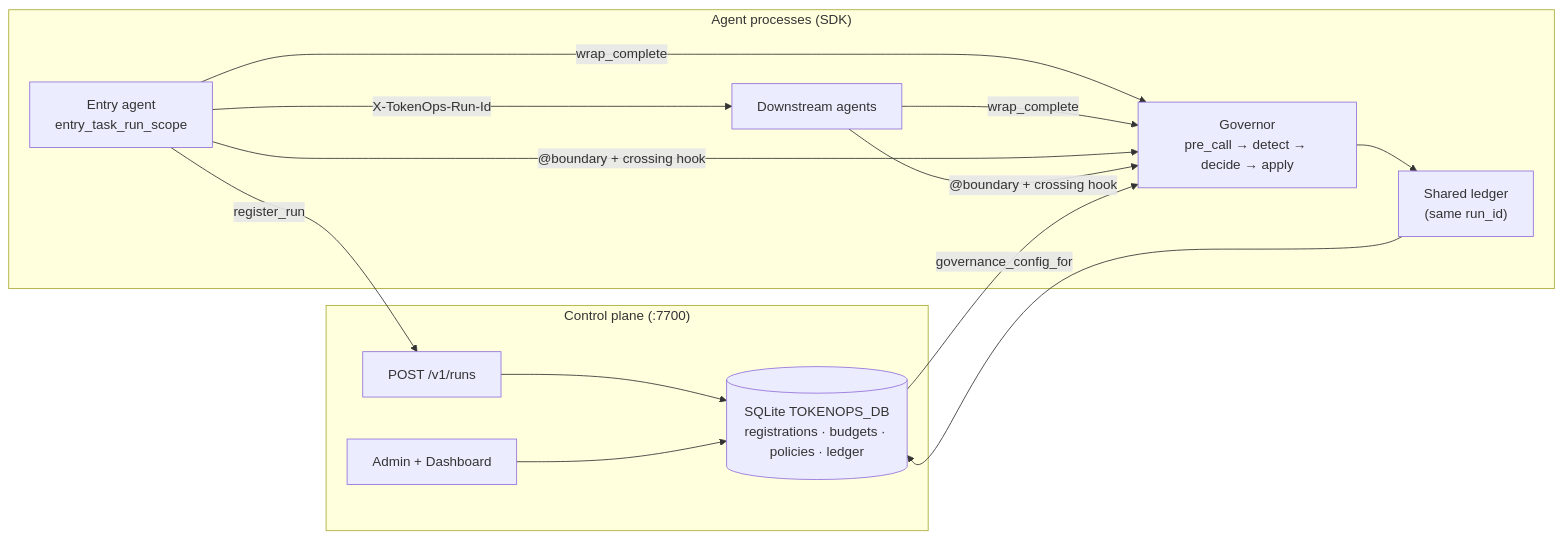
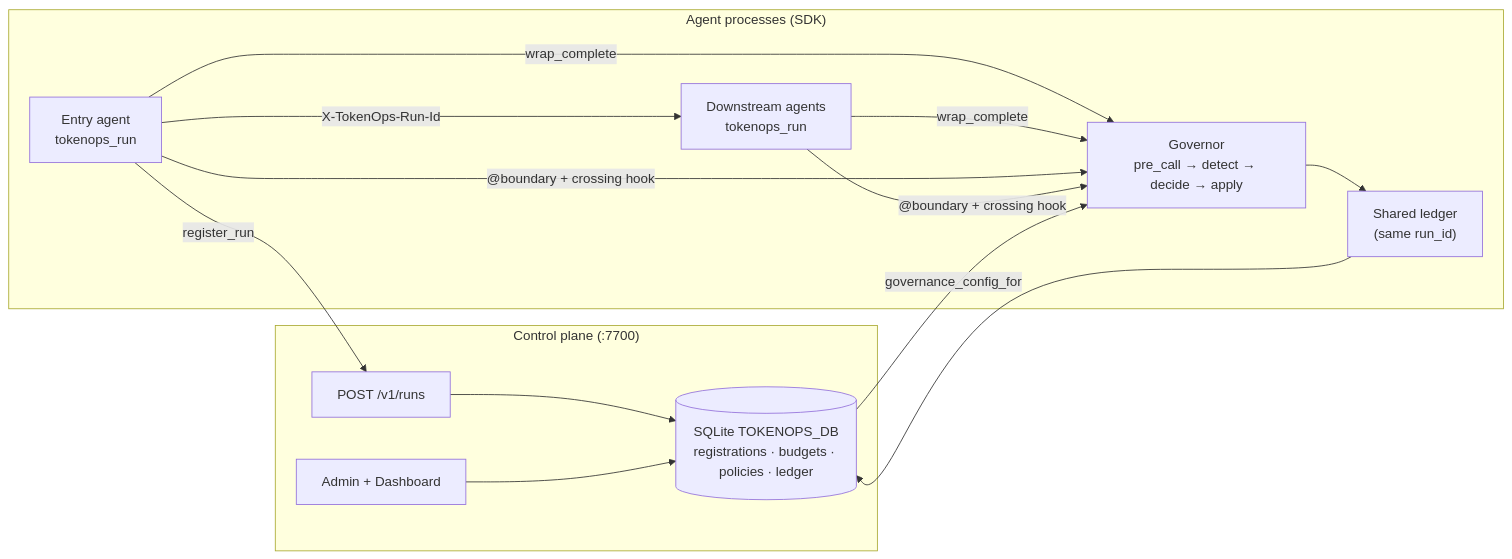
One commit to theagentplane/tokenops changed the diagram in README.md. Above: the diagram before and after it, drawn with Mermaid. The commit also changed other lines of this file and 63 other files, not shown here.

First line of the commit message:
Harden TokenOps integration UX with ambient run scope and Chronicle wrap_llm.

````diff
--- a/README.md
+++ b/README.md
@@ -39,18 +39,18 @@
 ```mermaid
 flowchart LR
     subgraph PLANE["Control plane (:7700)"]
         R["POST /v1/runs"] --> DB[("SQLite TOKENOPS_DB<br/>registrations · budgets · policies · ledger")]
         UI["Admin + Dashboard"] --> DB
     end
 
     subgraph AGENTS["Agent processes (SDK)"]
-        E["Entry agent<br/>entry_task_run_scope"] -->|"register_run"| R
-        E -->|"X-TokenOps-Run-Id"| D["Downstream agents"]
+        E["Entry agent<br/>tokenops_run"] -->|"register_run"| R
+        E -->|"X-TokenOps-Run-Id"| D["Downstream agents<br/>tokenops_run"]
         E & D -->|"wrap_complete"| G["Governor<br/>pre_call → detect → decide → apply"]
         E & D -->|"@boundary + crossing hook"| G
         G --> L["Shared ledger<br/>(same run_id)"]
     end
 
     L --> DB
     DB -->|"governance_config_for"| G
 ```
````
